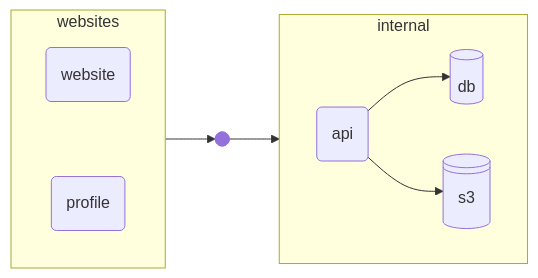
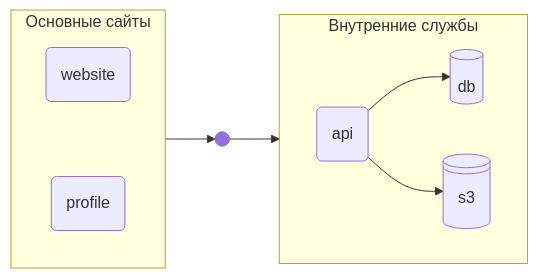
Before and after one commit to alchemytics/infra: the diagram in README.md, drawn with Mermaid.

Commit message:
rename blocks

````diff
--- a/README.md
+++ b/README.md
@@ -20,24 +20,24 @@
 ```mermaid
 flowchart LR
-    subgraph websites
+    subgraph websites_basic[Основные сайты]
     direction TB
         website@{ shape: rounded }
         profile@{ shape: rounded }
 
         website ~~~ profile
     end
 
     jWebsiteToApi@{ shape: f-circ }
 
-    subgraph internal
+    subgraph internal[Внутренние службы]
     direction LR
         api@{ shape: rounded }
         db@{ shape: cyl }
         s3@{ shape: lin-cyl }
 
         api --> db
         api --> s3
     end
 
-    websites --> jWebsiteToApi --> api
+    websites_basic --> jWebsiteToApi --> api
 ```
````
